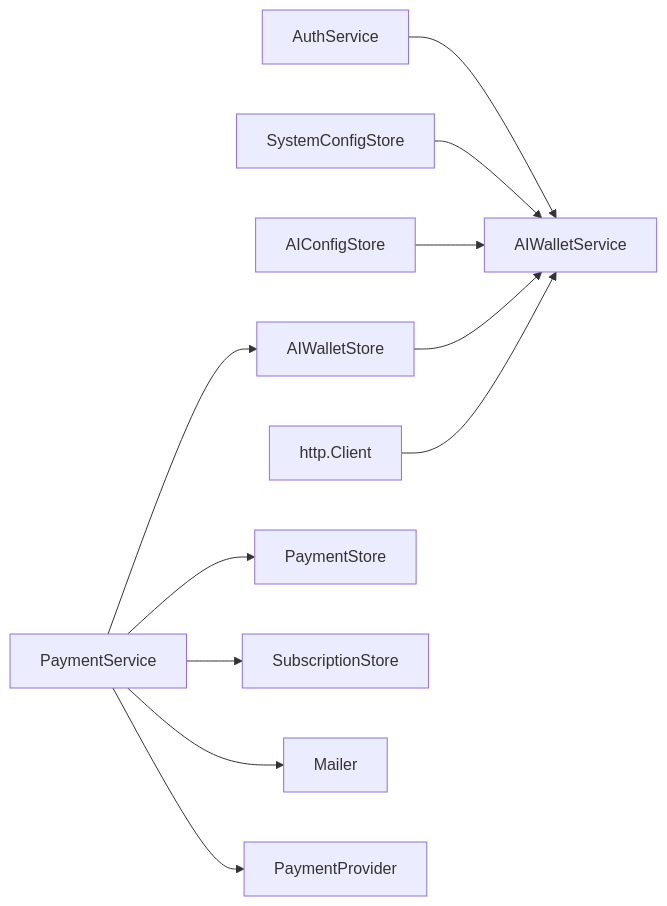
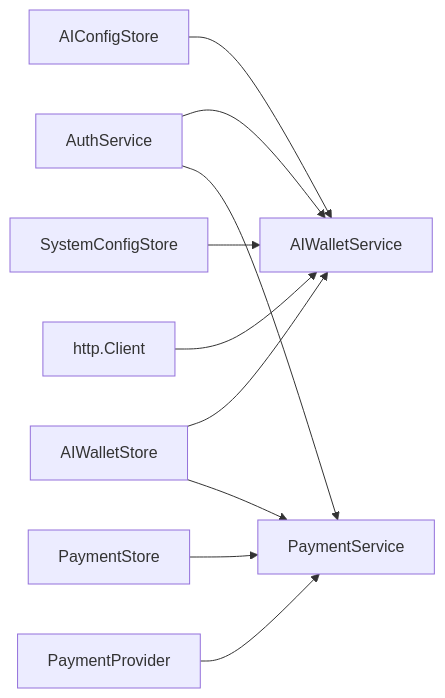
Before and after one commit to alvinwangzi/goodhr: the seventh of 7 diagrams in .qoder/repowiki/zh/content/云端后端服务/支付订阅系统/AI钱包系统.md, drawn with Mermaid. The commit also changed other lines of this file and 149 other files, not shown here.

````diff
--- a/.qoder/repowiki/zh/content/云端后端服务/支付订阅系统/AI钱包系统.md
+++ b/.qoder/repowiki/zh/content/云端后端服务/支付订阅系统/AI钱包系统.md
@@ -276,13 +320,12 @@
 ```mermaid
 graph LR
-Auth["AuthService"] --> WalletSvc["AIWalletService"]
-SysCfg["SystemConfigStore"] --> WalletSvc
-AIStore["AIConfigStore"] --> WalletSvc
-Store["AIWalletStore"] --> WalletSvc
-HTTP["http.Client"] --> WalletSvc
-PaySvc["PaymentService"] --> OrderStore["PaymentStore"]
-PaySvc --> SubStore["SubscriptionStore"]
-PaySvc --> Mailer["Mailer"]
-PaySvc --> Store
-PaySvc --> Provider["PaymentProvider"]
+Auth["AuthService"] --> A["AIWalletService"]
+StoreA["AIWalletStore"] --> A
+ACfg["AIConfigStore"] --> A
+SCfg["SystemConfigStore"] --> A
+HTTP["http.Client"] --> A
+Auth --> P["PaymentService"]
+PStore["PaymentStore"] --> P
+Prov["PaymentProvider"] --> P
+StoreA --> P
 ```
````
